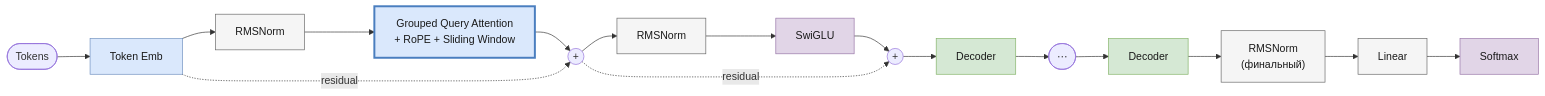
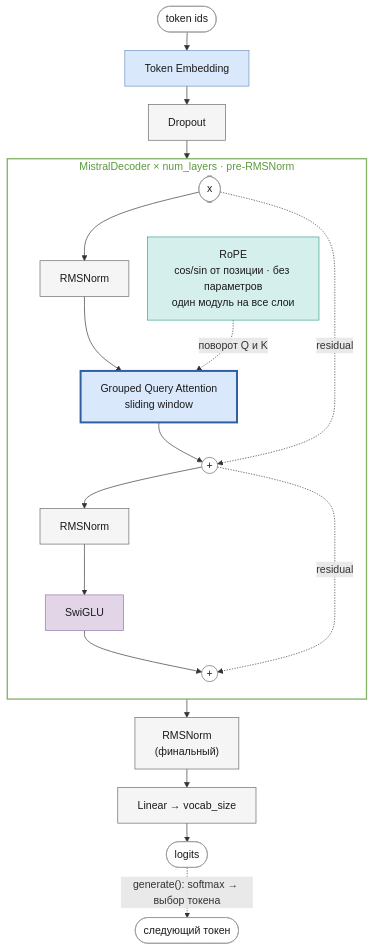
The diagram in docs/mistral.md (pese-git/llm-arch-research), drawn with Mermaid before and after one commit. The commit also changed other lines of this file and 8 other files, not shown here.

First line of the commit message:
docs: redraw architecture diagrams in Mermaid, show RoPE explicitly

````diff
--- a/docs/mistral.md
+++ b/docs/mistral.md
@@ -14,19 +14,37 @@
 ```mermaid
-flowchart LR
-    Tokens(["Tokens"]) --> TokEmb["Token Emb"]:::blue
-    TokEmb --> N1["RMSNorm"]:::gray
-    N1 --> Attn["Grouped Query Attention<br/>+ RoPE + Sliding Window"]:::blueHl
-    Attn --> A1(("+"))
-    TokEmb -.->|residual| A1
-    A1 --> N2["RMSNorm"]:::gray
-    N2 --> FFN["SwiGLU"]:::purple
-    FFN --> A2(("+"))
-    A1 -.->|residual| A2
-    A2 --> Dc2["Decoder"]:::green --> Dots(["⋯"]) --> Dc5["Decoder"]:::green --> NF["RMSNorm<br/>(финальный)"]:::gray --> Lin["Linear"]:::gray --> Soft["Softmax"]:::purple
+%%{init: {"flowchart": {"rankSpacing": 28, "nodeSpacing": 28}}}%%
+flowchart TB
+    Ids(["token ids"]):::io --> TokEmb["Token Embedding"]:::blue
+    TokEmb --> Drop["Dropout"]:::gray
+    subgraph Dec["MistralDecoder × num_layers · pre-RMSNorm"]
+        direction TB
+        X(["x"]):::io --> N1["RMSNorm"]:::gray
+        N1 --> Attn["Grouped Query Attention<br/>sliding window"]:::blueHl
+        R["RoPE<br/>cos/sin от позиции · без параметров<br/>один модуль на все слои"]:::rope
+        R -. "поворот Q и K" .-> Attn
+        Attn --> A1(("+")):::add
+        X -. residual .-> A1
+        A1 --> N2["RMSNorm"]:::gray
+        N2 --> FFN["SwiGLU"]:::purple
+        FFN --> A2(("+")):::add
+        A1 -. residual .-> A2
+    end
+    Drop --> Dec
+    Dec --> NF["RMSNorm<br/>(финальный)"]:::gray --> Lin
+    Lin["Linear → vocab_size"]:::gray --> Out(["logits"]):::io
+    Out -. "generate(): softmax → выбор токена" .-> Next(["следующий токен"]):::io
+    style Dec fill:transparent,stroke:#82b366,stroke-width:2px,color:#5b9a3c
 
+    classDef io fill:#ffffff,stroke:#999999,color:#1a1a1a;
+    classDef add fill:#ffffff,stroke:#666666,color:#1a1a1a;
     classDef blue fill:#dae8fc,stroke:#6c8ebf,color:#1a1a1a;
-    classDef blueHl fill:#dae8fc,stroke:#4a7ebf,stroke-width:3px,color:#1a1a1a;
+    classDef blueHl fill:#dae8fc,stroke:#2f5f9e,stroke-width:3px,color:#1a1a1a;
     classDef purple fill:#e1d5e7,stroke:#9673a6,color:#1a1a1a;
-    classDef green fill:#d5e8d4,stroke:#82b366,color:#1a1a1a;
+    classDef purpleHl fill:#e1d5e7,stroke:#6a3d85,stroke-width:3px,color:#1a1a1a;
     classDef gray fill:#f5f5f5,stroke:#666666,color:#1a1a1a;
+    classDef grayHl fill:#f5f5f5,stroke:#333333,stroke-width:3px,color:#1a1a1a;
+    classDef gold fill:#fff2cc,stroke:#d6b656,color:#1a1a1a;
+    classDef rope fill:#d5f0ec,stroke:#3a9e8f,color:#1a1a1a;
+    classDef ropeHl fill:#d5f0ec,stroke:#1f6f63,stroke-width:3px,color:#1a1a1a;
+    classDef dim fill:#f5f5f5,stroke:#bbbbbb,color:#999999,stroke-dasharray:4 3;
 ```
````
